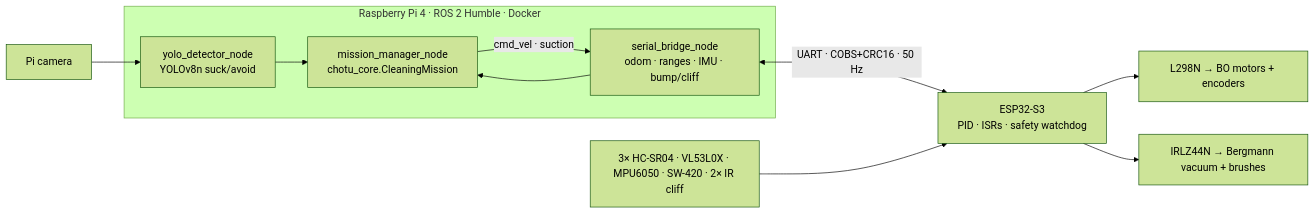
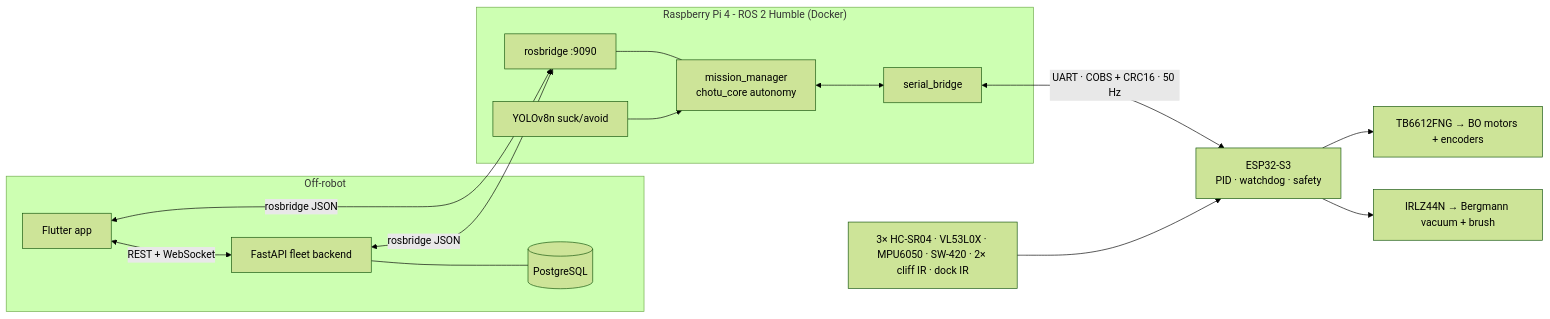
One commit to Gurjas2112/CHOTU changed the diagram in README.md. Above: the diagram before and after it, drawn with Mermaid (forest theme). The commit also changed other lines of this file and 374 other files, not shown here.

````diff
--- a/README.md
+++ b/README.md
@@ -86,16 +123,23 @@
 ```mermaid
 flowchart LR
-  CAM[Pi camera] --> YOLO[yolo_detector_node<br/>YOLOv8n suck/avoid]
-  YOLO --> MM[mission_manager_node<br/>chotu_core.CleaningMission]
-  BR[serial_bridge_node<br/>odom · ranges · IMU · bump/cliff] --> MM
-  MM -->|cmd_vel · suction| BR
-  BR <-->|UART · COBS+CRC16 · 50 Hz| ESP[ESP32-S3<br/>PID · ISRs · safety watchdog]
-  ESP --> DRV[L298N → BO motors + encoders]
-  ESP --> VAC[IRLZ44N → Bergmann vacuum + brushes]
-  S[3× HC-SR04 · VL53L0X · MPU6050 · SW-420 · 2× IR cliff] --> ESP
-  subgraph Pi4[Raspberry Pi 4 · ROS 2 Humble · Docker]
-    YOLO
-    MM
-    BR
+  subgraph Off-robot
+    APP[Flutter app]
+    API[FastAPI fleet backend] --- DB[(PostgreSQL)]
   end
+  subgraph Pi4["Raspberry Pi 4 - ROS 2 Humble (Docker)"]
+    RB[rosbridge :9090]
+    MM[mission_manager<br/>chotu_core autonomy]
+    YOLO[YOLOv8n suck/avoid]
+    BR[serial_bridge]
+  end
+  APP <-->|rosbridge JSON| RB
+  API <-->|rosbridge JSON| RB
+  APP <-->|REST + WebSocket| API
+  RB --- MM
+  YOLO --> MM
+  MM <--> BR
+  BR <-->|UART · COBS + CRC16 · 50 Hz| ESP[ESP32-S3<br/>PID · watchdog · safety]
+  ESP --> TB[TB6612FNG → BO motors + encoders]
+  ESP --> Q[IRLZ44N → Bergmann vacuum + brush]
+  S[3× HC-SR04 · VL53L0X · MPU6050 · SW-420 · 2× cliff IR · dock IR] --> ESP
 ```
````
